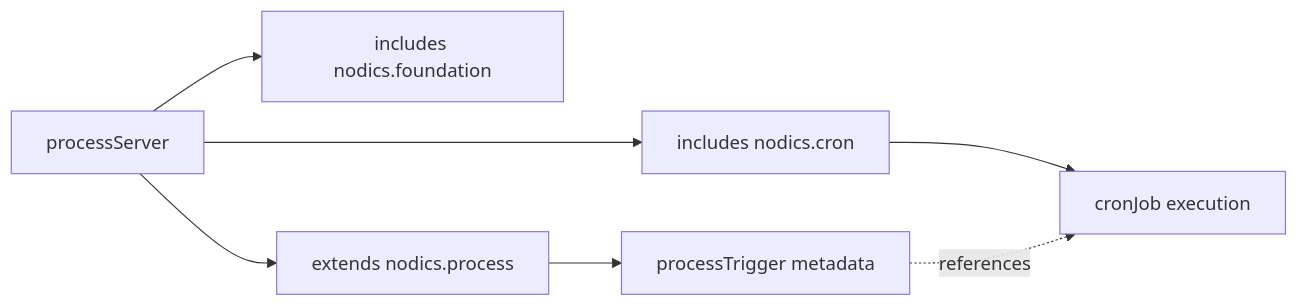
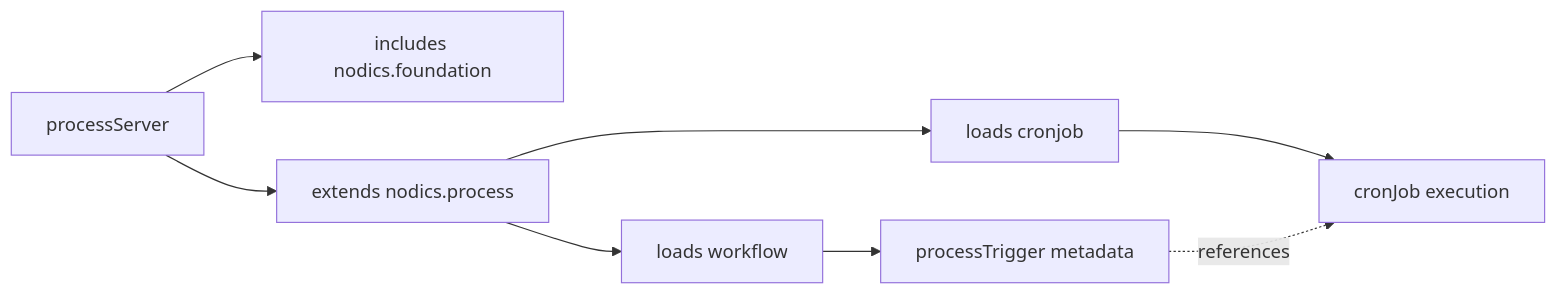
The diagram in nodics.docs/docs/pages/nodics.process/process-cron-runtime.md (Nodics/nodics.ai), drawn with Mermaid before and after one commit. The commit also changed other lines of this file and 43 other files, not shown here.

````diff
--- a/nodics.docs/docs/pages/nodics.process/process-cron-runtime.md
+++ b/nodics.docs/docs/pages/nodics.process/process-cron-runtime.md
@@ -25,9 +25,10 @@
 ```mermaid
 flowchart LR
   ProcessServer["processServer"] --> Core["includes nodics.foundation"]
   ProcessServer --> Process["extends nodics.process"]
-  ProcessServer --> Cron["includes nodics.cron"]
-  Process --> Trigger["processTrigger metadata"]
-  Cron --> Job["cronJob execution"]
+  Process --> Workflow["loads workflow"]
+  Process --> CronJob["loads cronjob"]
+  Workflow --> Trigger["processTrigger metadata"]
+  CronJob --> Job["cronJob execution"]
   Trigger -.references.-> Job
 ```
````
